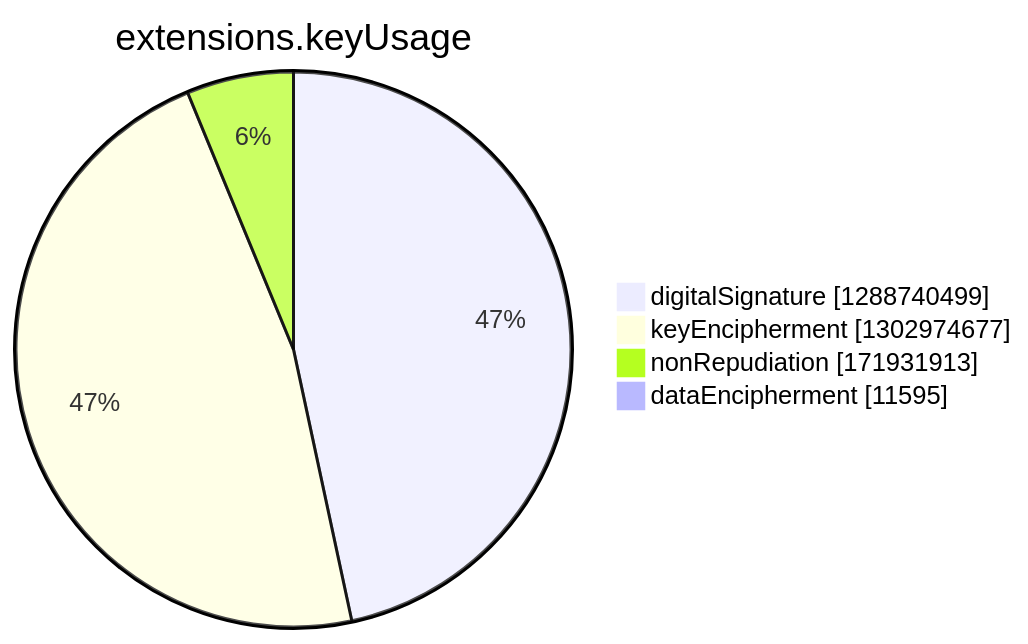
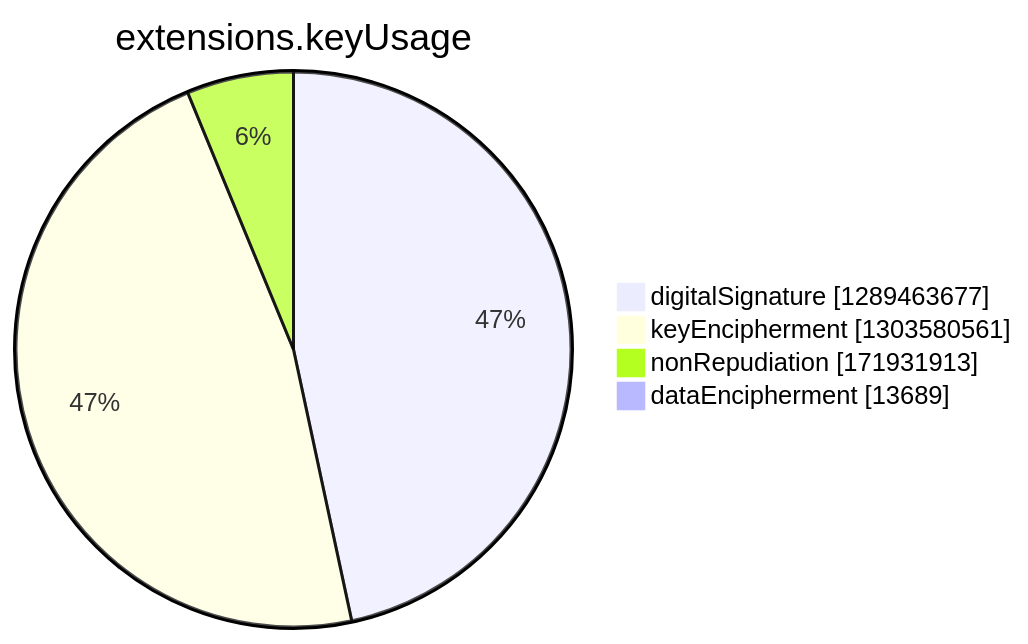
One commit to christiankrug/ctmonitor_visualization changed the seventh of 15 diagrams in argon2022/README.md. Above: the diagram before and after it, drawn with Mermaid. The commit also changed other lines of this file, not shown here.

````diff
--- a/argon2022/README.md
+++ b/argon2022/README.md
@@ -2748,8 +2748,8 @@
 ```mermaid
 pie showData
 title extensions.keyUsage
-"digitalSignature" :1288740499
-"keyEncipherment" :1302974677
+"digitalSignature" :1289463677
+"keyEncipherment" :1303580561
 "nonRepudiation" :171931913
-"dataEncipherment" :11595
+"dataEncipherment" :13689
 ```
````
